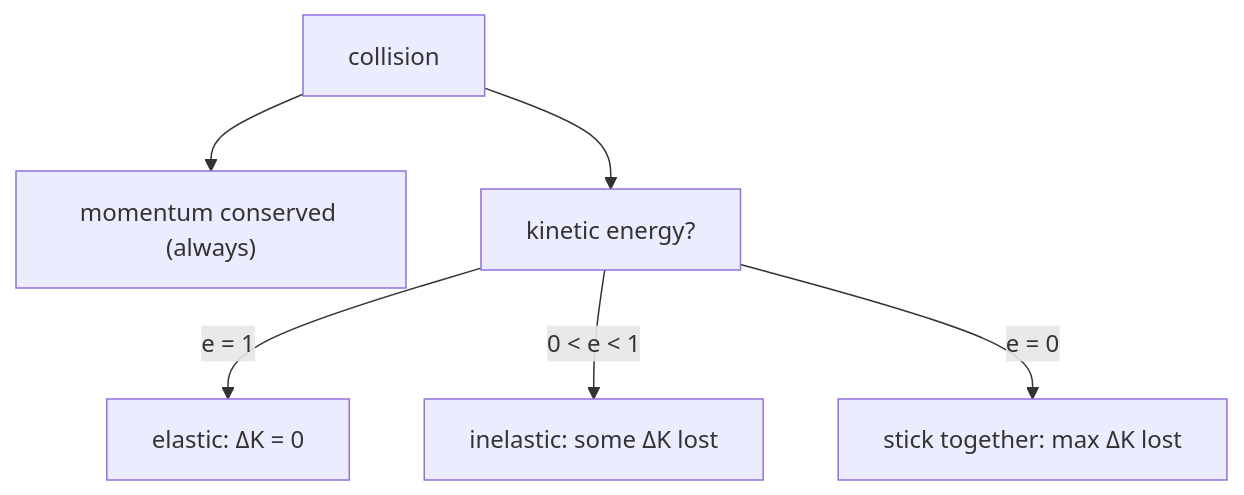
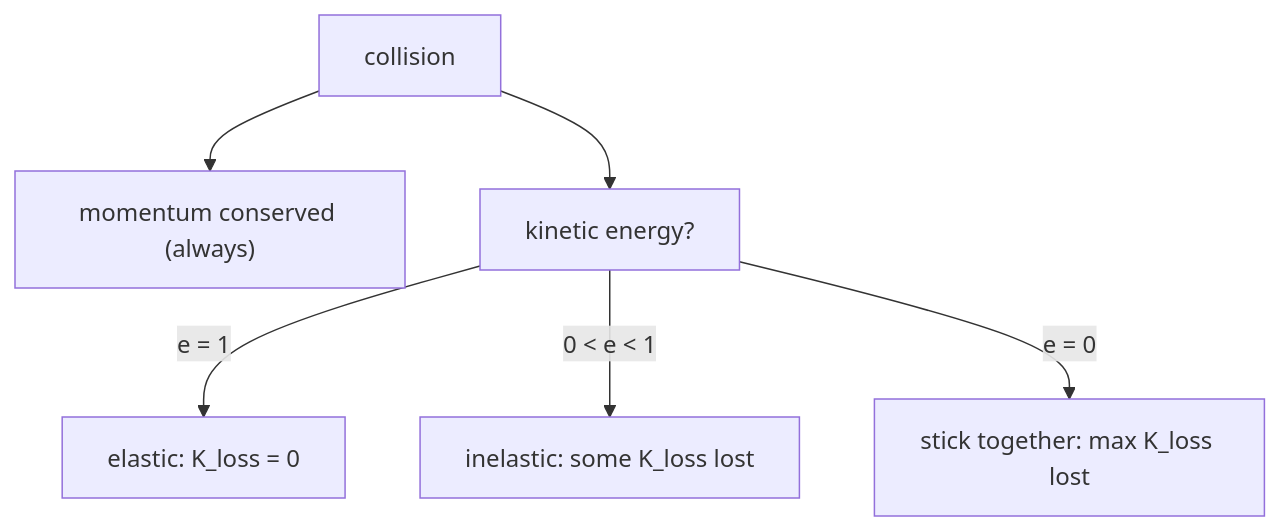
One commit to SurajGupta2009/Physics_JEEAD-OLYMPIAD_notes changed the fourth of 6 diagrams in centre-of-mass-momentum/Centre-of-mass-momentum.md. Above: the diagram before and after it, drawn with Mermaid. The commit also changed other lines of this file and 31 other files, not shown here.

````diff
--- a/centre-of-mass-momentum/Centre-of-mass-momentum.md
+++ b/centre-of-mass-momentum/Centre-of-mass-momentum.md
@@ -237,8 +237,8 @@
 ```mermaid
 flowchart TD
   A["collision"] --> B["momentum conserved (always)"]
   A --> C["kinetic energy?"]
-  C -->|"e = 1"| D["elastic: ΔK = 0"]
-  C -->|"0 < e < 1"| E["inelastic: some ΔK lost"]
-  C -->|"e = 0"| F["stick together: max ΔK lost"]
+  C -->|"e = 1"| D["elastic: K_loss = 0"]
+  C -->|"0 < e < 1"| E["inelastic: some K_loss lost"]
+  C -->|"e = 0"| F["stick together: max K_loss lost"]
 ```
````
